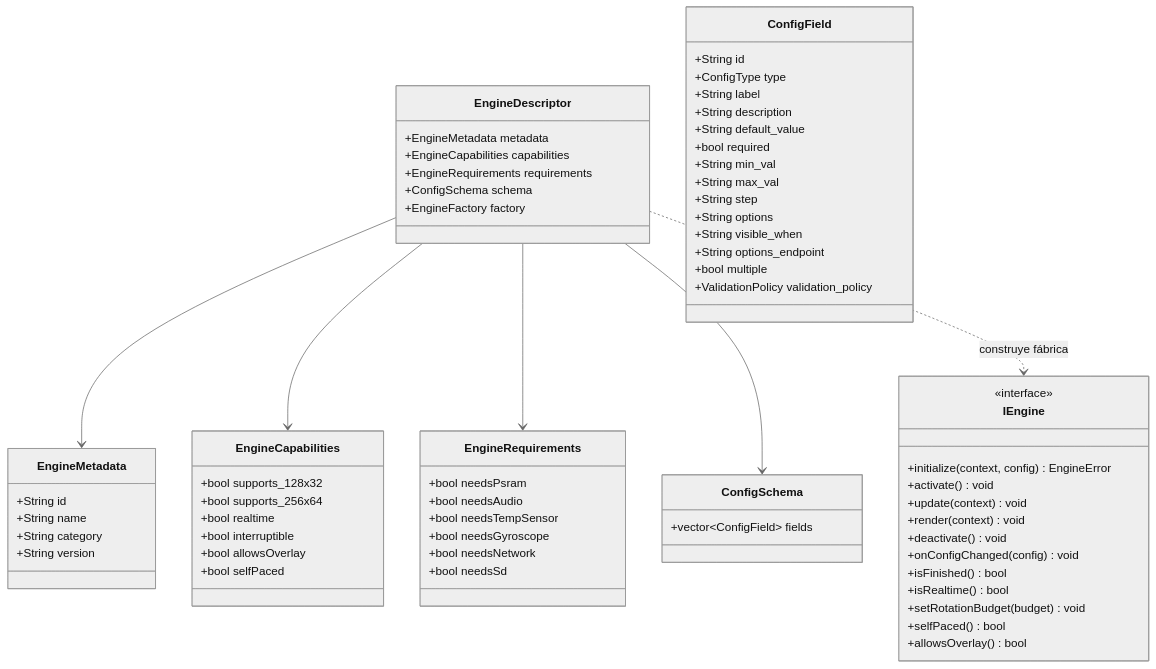
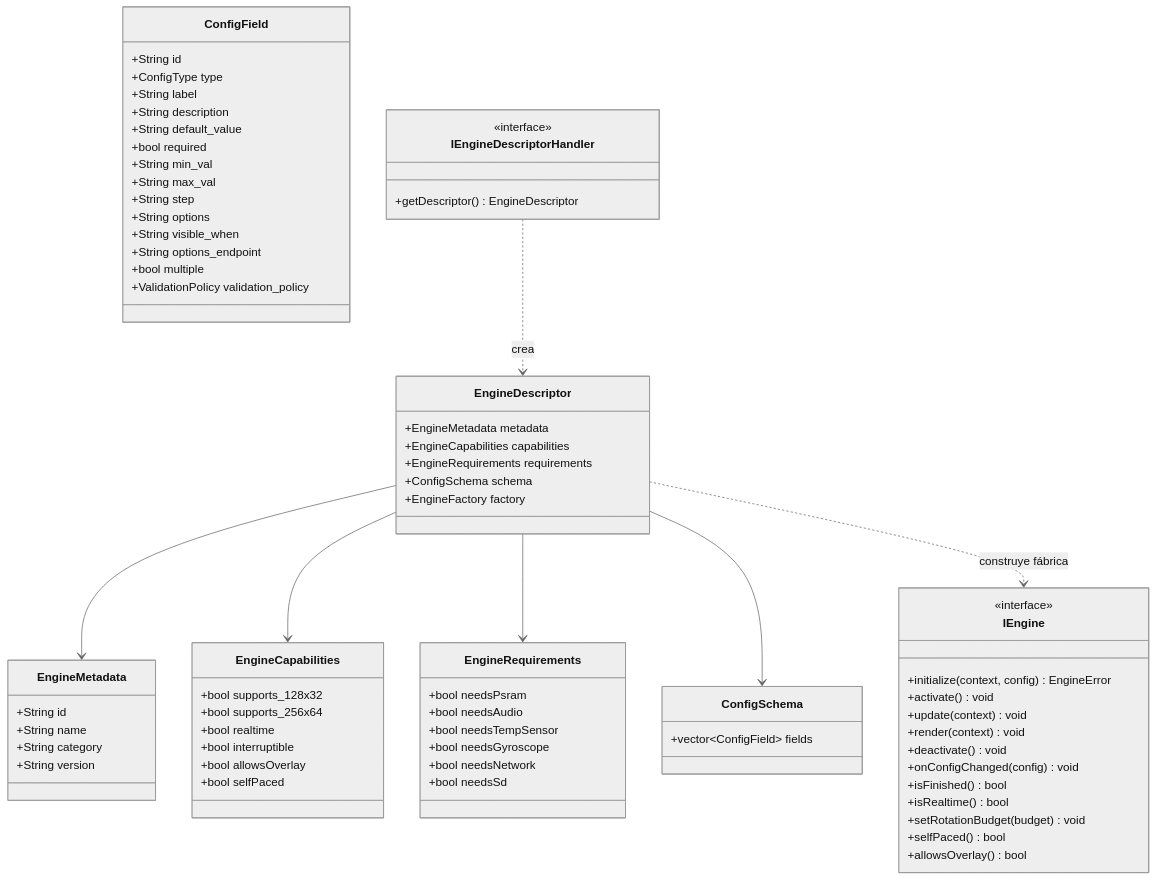
One commit to red77290/ArcadeMatrix changed the second of 4 diagrams in docs/ARCHITECTURE_ES.md. Above: the diagram before and after it, drawn with Mermaid (neutral theme). The commit also changed other lines of this file and 29 other files, not shown here.

Commit message:
refactor(engines): modularize engine registration with IEngineDescriptorHandler and update docs

````diff
--- a/docs/ARCHITECTURE_ES.md
+++ b/docs/ARCHITECTURE_ES.md
@@ -153,9 +153,15 @@
         +ValidationPolicy validation_policy
     }
 
+    class IEngineDescriptorHandler {
+        <<interface>>
+        +getDescriptor() EngineDescriptor
+    }
+
     EngineDescriptor --> EngineMetadata
     EngineDescriptor --> EngineCapabilities
     EngineDescriptor --> EngineRequirements
     EngineDescriptor --> ConfigSchema
     EngineDescriptor ..> IEngine : construye fábrica
+    IEngineDescriptorHandler ..> EngineDescriptor : crea
 ```
````
